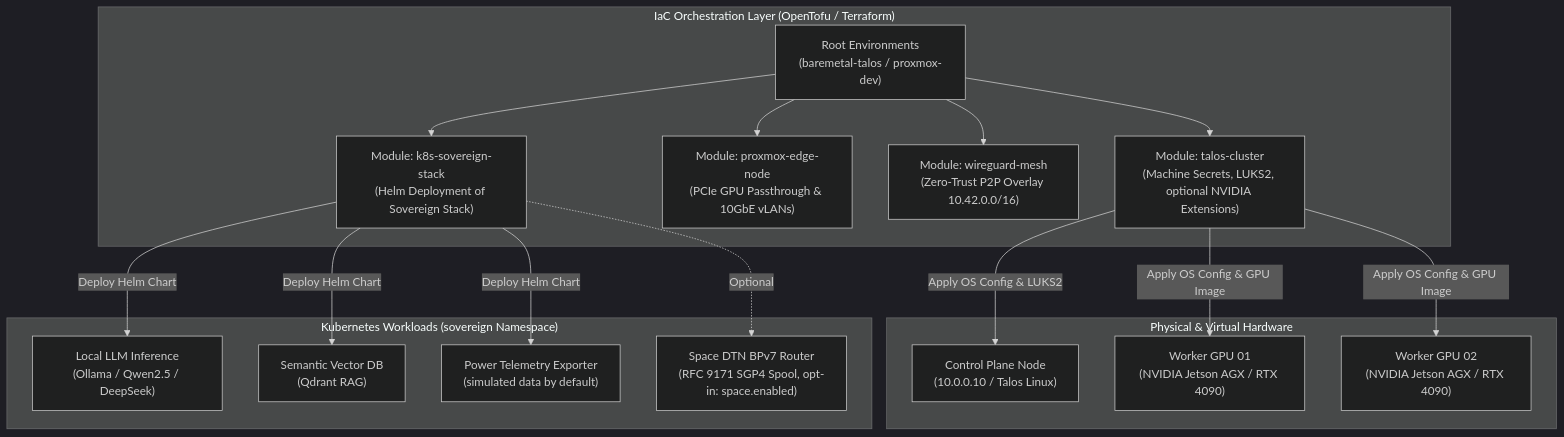
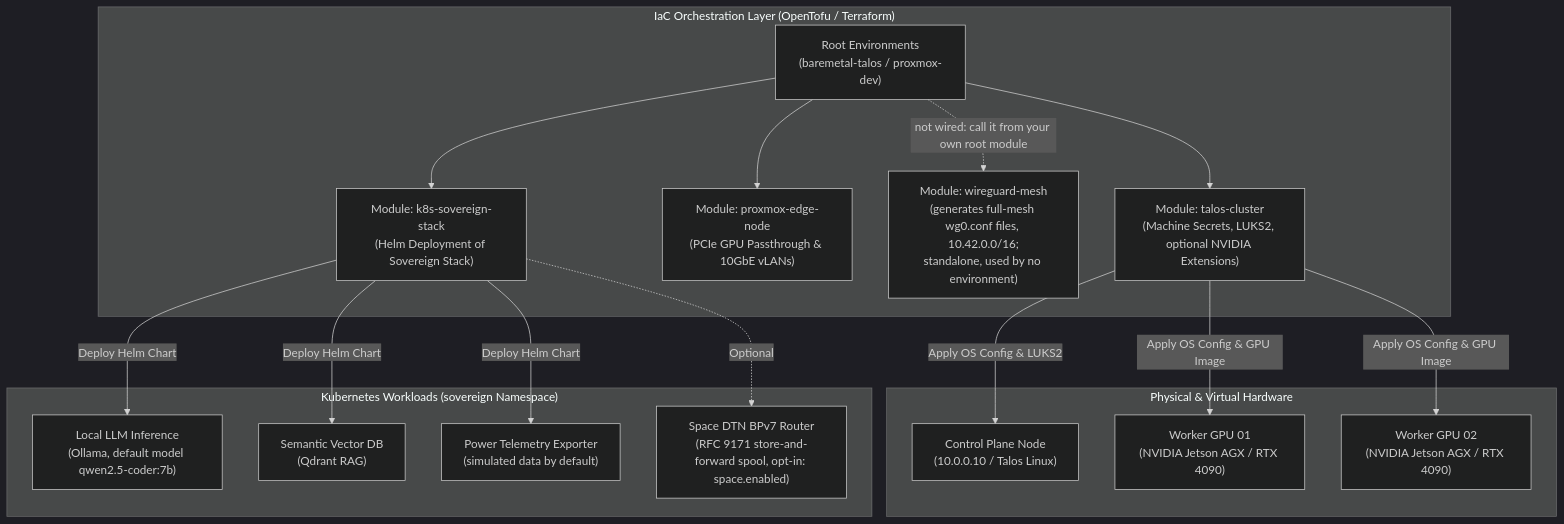
The diagram in terraform/README.md (iliachry/sovereign-mini-datacenter), drawn with Mermaid (dark theme) before and after one commit. The commit also changed other lines of this file and 91 other files, not shown here.

````diff
--- a/terraform/README.md
+++ b/terraform/README.md
@@ -11,37 +11,37 @@
 ```mermaid
 flowchart TD
     subgraph "IaC Orchestration Layer (OpenTofu / Terraform)"
         TF_ROOT["Root Environments<br/>(baremetal-talos / proxmox-dev)"]
         M_TALOS["Module: talos-cluster<br/>(Machine Secrets, LUKS2, optional NVIDIA Extensions)"]
         M_PVE["Module: proxmox-edge-node<br/>(PCIe GPU Passthrough & 10GbE vLANs)"]
-        M_WG["Module: wireguard-mesh<br/>(Zero-Trust P2P Overlay 10.42.0.0/16)"]
+        M_WG["Module: wireguard-mesh<br/>(generates full-mesh wg0.conf files, 10.42.0.0/16;<br/>standalone, used by no environment)"]
         M_HELM["Module: k8s-sovereign-stack<br/>(Helm Deployment of Sovereign Stack)"]
     end
 
     subgraph "Physical & Virtual Hardware"
         NODE_CP["Control Plane Node<br/>(10.0.0.10 / Talos Linux)"]
         NODE_GPU1["Worker GPU 01<br/>(NVIDIA Jetson AGX / RTX 4090)"]
         NODE_GPU2["Worker GPU 02<br/>(NVIDIA Jetson AGX / RTX 4090)"]
     end
 
     subgraph "Kubernetes Workloads (sovereign Namespace)"
-        OLLAMA["Local LLM Inference<br/>(Ollama / Qwen2.5 / DeepSeek)"]
+        OLLAMA["Local LLM Inference<br/>(Ollama, default model qwen2.5-coder:7b)"]
         QDRANT["Semantic Vector DB<br/>(Qdrant RAG)"]
         TELEMETRY["Power Telemetry Exporter<br/>(simulated data by default)"]
-        SPACE_DTN["Space DTN BPv7 Router<br/>(RFC 9171 SGP4 Spool, opt-in: space.enabled)"]
+        SPACE_DTN["Space DTN BPv7 Router<br/>(RFC 9171 store-and-forward spool, opt-in: space.enabled)"]
     end
 
     TF_ROOT --> M_TALOS
     TF_ROOT --> M_PVE
-    TF_ROOT --> M_WG
+    TF_ROOT -.->|"not wired: call it from your own root module"| M_WG
     TF_ROOT --> M_HELM
 
     M_TALOS -->|"Apply OS Config & LUKS2"| NODE_CP
     M_TALOS -->|"Apply OS Config & GPU Image"| NODE_GPU1
     M_TALOS -->|"Apply OS Config & GPU Image"| NODE_GPU2
 
     M_HELM -->|"Deploy Helm Chart"| OLLAMA
     M_HELM -->|"Deploy Helm Chart"| QDRANT
     M_HELM -->|"Deploy Helm Chart"| TELEMETRY
     M_HELM -.->|"Optional"| SPACE_DTN
 ```
````
